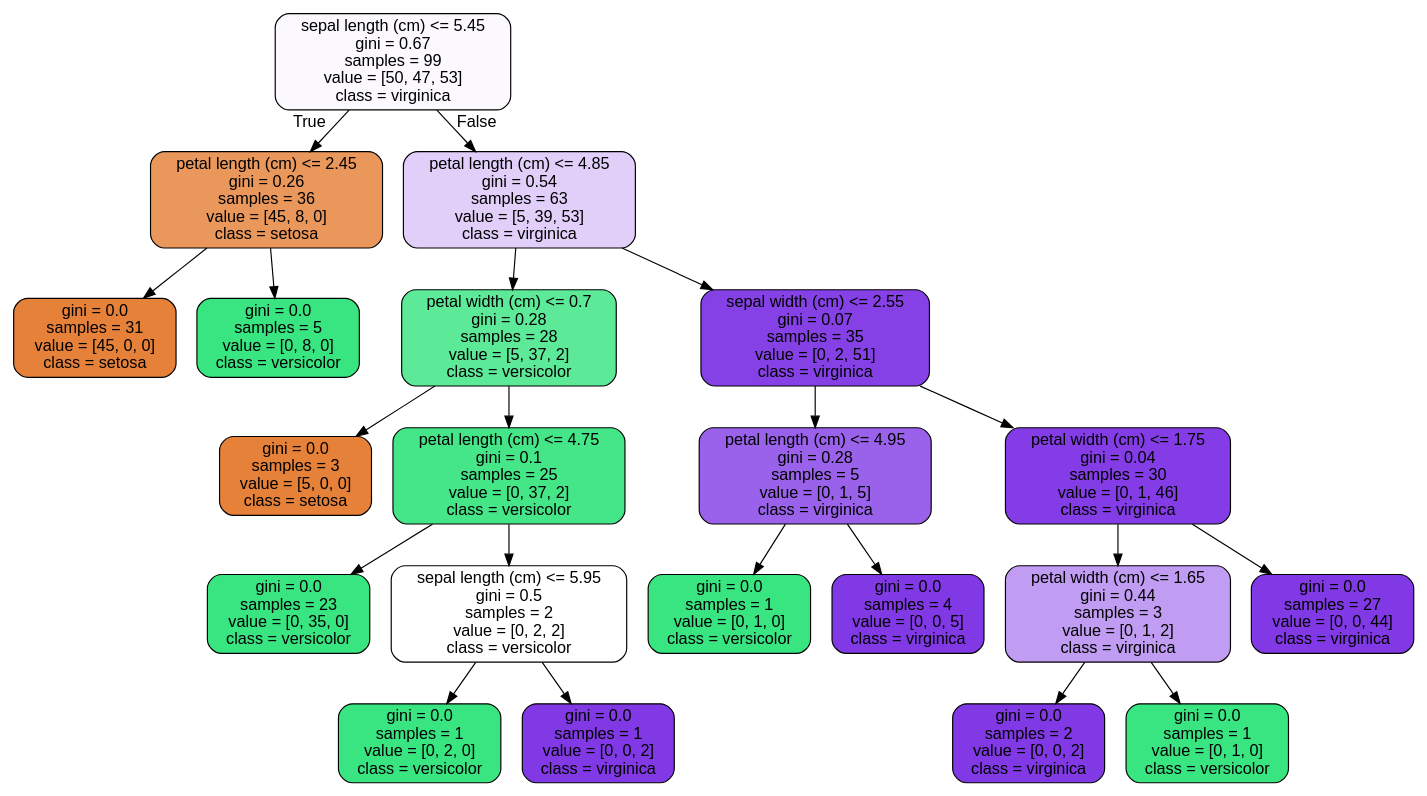
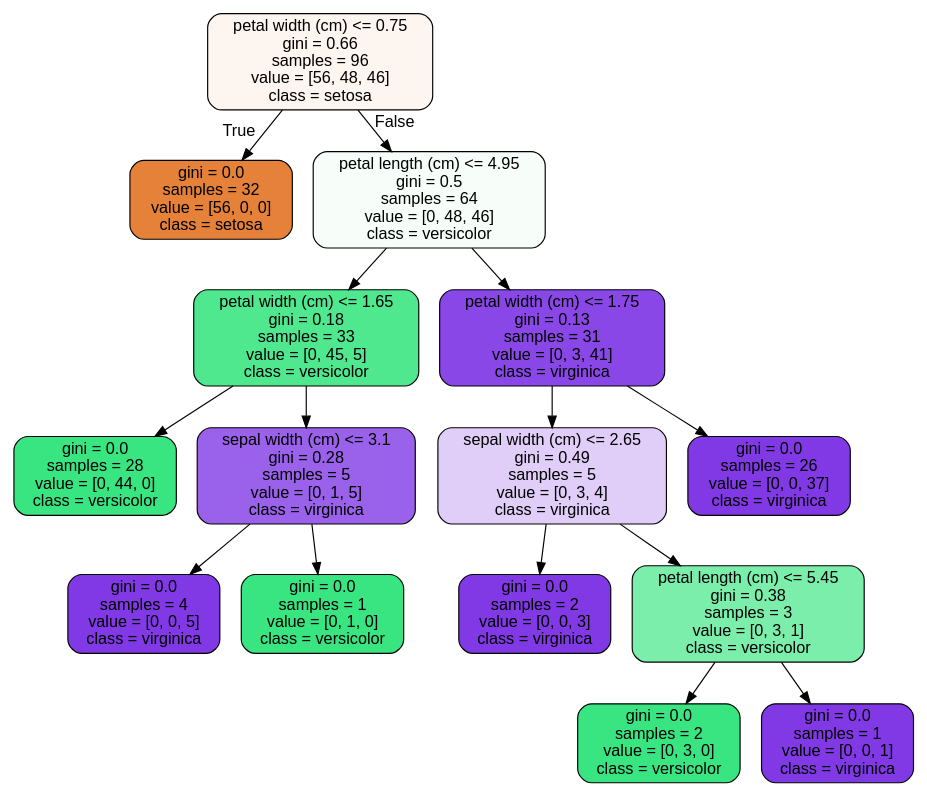
One commit to JasonCaldwellMBA/RandomForest_Covid_Case_Study changed the diagram in tree.dot. Above: the diagram before and after it, drawn with Graphviz. The commit also changed 2 other files, not shown here.

```diff
--- a/tree.dot
+++ b/tree.dot
@@ -1,45 +1,33 @@
 digraph Tree {
 node [shape=box, style="filled, rounded", color="black", fontname=helvetica] ;
 edge [fontname=helvetica] ;
-0 [label="sepal length (cm) <= 5.45\ngini = 0.67\nsamples = 99\nvalue = [50, 47, 53]\nclass = virginica", fillcolor="#fbf9fe"] ;
-1 [label="petal length (cm) <= 2.45\ngini = 0.26\nsamples = 36\nvalue = [45, 8, 0]\nclass = setosa", fillcolor="#ea975c"] ;
+0 [label="petal width (cm) <= 0.75\ngini = 0.66\nsamples = 96\nvalue = [56, 48, 46]\nclass = setosa", fillcolor="#fdf5ef"] ;
+1 [label="gini = 0.0\nsamples = 32\nvalue = [56, 0, 0]\nclass = setosa", fillcolor="#e58139"] ;
 0 -> 1 [labeldistance=2.5, labelangle=45, headlabel="True"] ;
-2 [label="gini = 0.0\nsamples = 31\nvalue = [45, 0, 0]\nclass = setosa", fillcolor="#e58139"] ;
-1 -> 2 ;
-3 [label="gini = 0.0\nsamples = 5\nvalue = [0, 8, 0]\nclass = versicolor", fillcolor="#39e581"] ;
-1 -> 3 ;
-4 [label="petal length (cm) <= 4.85\ngini = 0.54\nsamples = 63\nvalue = [5, 39, 53]\nclass = virginica", fillcolor="#e1cff9"] ;
-0 -> 4 [labeldistance=2.5, labelangle=-45, headlabel="False"] ;
-5 [label="petal width (cm) <= 0.7\ngini = 0.28\nsamples = 28\nvalue = [5, 37, 2]\nclass = versicolor", fillcolor="#5dea98"] ;
-4 -> 5 ;
-6 [label="gini = 0.0\nsamples = 3\nvalue = [5, 0, 0]\nclass = setosa", fillcolor="#e58139"] ;
+2 [label="petal length (cm) <= 4.95\ngini = 0.5\nsamples = 64\nvalue = [0, 48, 46]\nclass = versicolor", fillcolor="#f7fefa"] ;
+0 -> 2 [labeldistance=2.5, labelangle=-45, headlabel="False"] ;
+3 [label="petal width (cm) <= 1.65\ngini = 0.18\nsamples = 33\nvalue = [0, 45, 5]\nclass = versicolor", fillcolor="#4fe88f"] ;
+2 -> 3 ;
+4 [label="gini = 0.0\nsamples = 28\nvalue = [0, 44, 0]\nclass = versicolor", fillcolor="#39e581"] ;
+3 -> 4 ;
+5 [label="sepal width (cm) <= 3.1\ngini = 0.28\nsamples = 5\nvalue = [0, 1, 5]\nclass = virginica", fillcolor="#9a61ea"] ;
+3 -> 5 ;
+6 [label="gini = 0.0\nsamples = 4\nvalue = [0, 0, 5]\nclass = virginica", fillcolor="#8139e5"] ;
 5 -> 6 ;
-7 [label="petal length (cm) <= 4.75\ngini = 0.1\nsamples = 25\nvalue = [0, 37, 2]\nclass = versicolor", fillcolor="#44e688"] ;
+7 [label="gini = 0.0\nsamples = 1\nvalue = [0, 1, 0]\nclass = versicolor", fillcolor="#39e581"] ;
 5 -> 7 ;
-8 [label="gini = 0.0\nsamples = 23\nvalue = [0, 35, 0]\nclass = versicolor", fillcolor="#39e581"] ;
-7 -> 8 ;
-9 [label="sepal length (cm) <= 5.95\ngini = 0.5\nsamples = 2\nvalue = [0, 2, 2]\nclass = versicolor", fillcolor="#ffffff"] ;
-7 -> 9 ;
-10 [label="gini = 0.0\nsamples = 1\nvalue = [0, 2, 0]\nclass = versicolor", fillcolor="#39e581"] ;
+8 [label="petal width (cm) <= 1.75\ngini = 0.13\nsamples = 31\nvalue = [0, 3, 41]\nclass = virginica", fillcolor="#8a47e7"] ;
+2 -> 8 ;
+9 [label="sepal width (cm) <= 2.65\ngini = 0.49\nsamples = 5\nvalue = [0, 3, 4]\nclass = virginica", fillcolor="#e0cef8"] ;
+8 -> 9 ;
+10 [label="gini = 0.0\nsamples = 2\nvalue = [0, 0, 3]\nclass = virginica", fillcolor="#8139e5"] ;
 9 -> 10 ;
-11 [label="gini = 0.0\nsamples = 1\nvalue = [0, 0, 2]\nclass = virginica", fillcolor="#8139e5"] ;
+11 [label="petal length (cm) <= 5.45\ngini = 0.38\nsamples = 3\nvalue = [0, 3, 1]\nclass = versicolor", fillcolor="#7beeab"] ;
 9 -> 11 ;
-12 [label="sepal width (cm) <= 2.55\ngini = 0.07\nsamples = 35\nvalue = [0, 2, 51]\nclass = virginica", fillcolor="#8641e6"] ;
-4 -> 12 ;
-13 [label="petal length (cm) <= 4.95\ngini = 0.28\nsamples = 5\nvalue = [0, 1, 5]\nclass = virginica", fillcolor="#9a61ea"] ;
-12 -> 13 ;
-14 [label="gini = 0.0\nsamples = 1\nvalue = [0, 1, 0]\nclass = versicolor", fillcolor="#39e581"] ;
-13 -> 14 ;
-15 [label="gini = 0.0\nsamples = 4\nvalue = [0, 0, 5]\nclass = virginica", fillcolor="#8139e5"] ;
-13 -> 15 ;
-16 [label="petal width (cm) <= 1.75\ngini = 0.04\nsamples = 30\nvalue = [0, 1, 46]\nclass = virginica", fillcolor="#843de6"] ;
-12 -> 16 ;
-17 [label="petal width (cm) <= 1.65\ngini = 0.44\nsamples = 3\nvalue = [0, 1, 2]\nclass = virginica", fillcolor="#c09cf2"] ;
-16 -> 17 ;
-18 [label="gini = 0.0\nsamples = 2\nvalue = [0, 0, 2]\nclass = virginica", fillcolor="#8139e5"] ;
-17 -> 18 ;
-19 [label="gini = 0.0\nsamples = 1\nvalue = [0, 1, 0]\nclass = versicolor", fillcolor="#39e581"] ;
-17 -> 19 ;
-20 [label="gini = 0.0\nsamples = 27\nvalue = [0, 0, 44]\nclass = virginica", fillcolor="#8139e5"] ;
-16 -> 20 ;
+12 [label="gini = 0.0\nsamples = 2\nvalue = [0, 3, 0]\nclass = versicolor", fillcolor="#39e581"] ;
+11 -> 12 ;
+13 [label="gini = 0.0\nsamples = 1\nvalue = [0, 0, 1]\nclass = virginica", fillcolor="#8139e5"] ;
+11 -> 13 ;
+14 [label="gini = 0.0\nsamples = 26\nvalue = [0, 0, 37]\nclass = virginica", fillcolor="#8139e5"] ;
+8 -> 14 ;
 }
```
